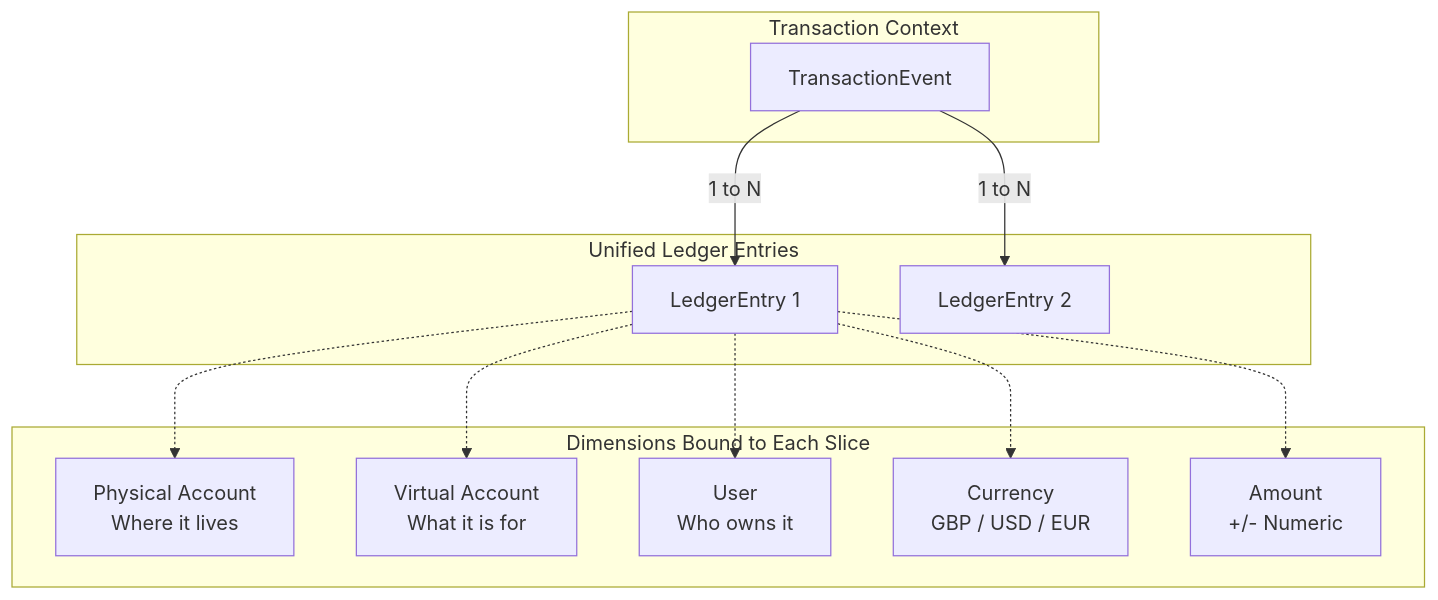
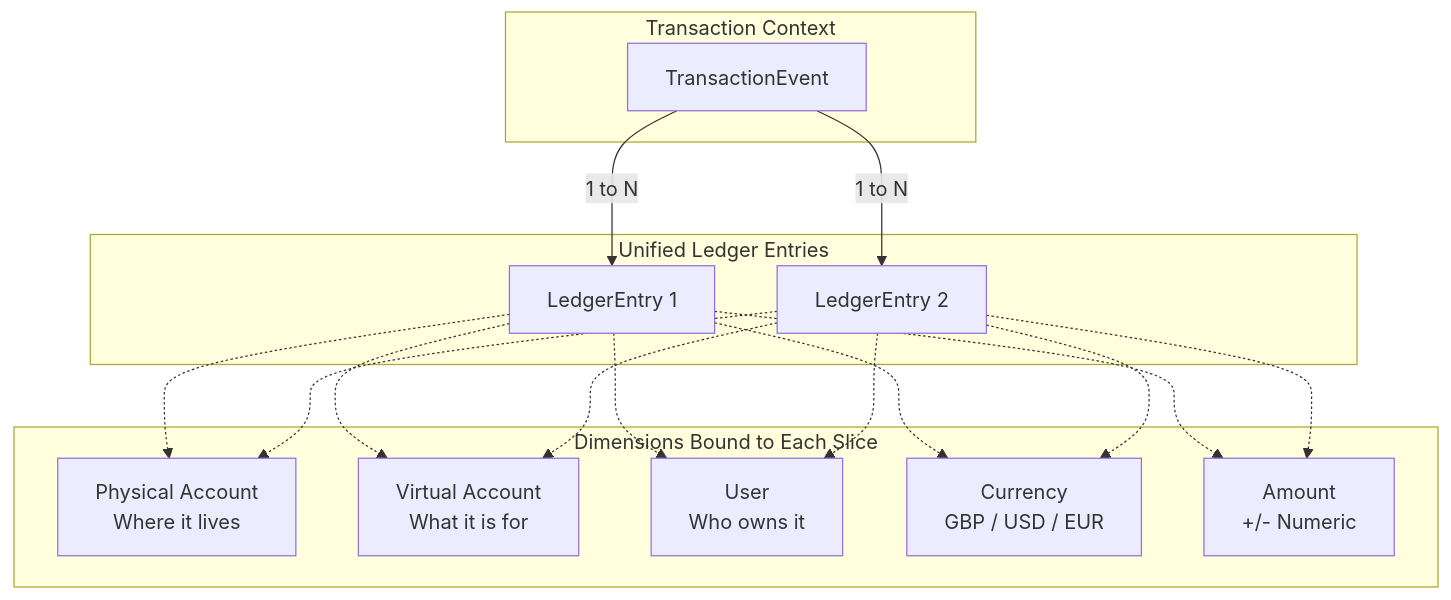
The diagram in docs/architecture/unified_ledger_schema.md (vylark/savings), drawn with Mermaid before and after one commit. The commit also changed other lines of this file and 1 other file, not shown here.

First line of the commit message:
docs(ledger): address PR #7 review feedback on unified ledger schema

````diff
--- a/docs/architecture/unified_ledger_schema.md
+++ b/docs/architecture/unified_ledger_schema.md
@@ -18,27 +23,32 @@
 ```mermaid
 graph TD
     subgraph Transaction Context
         TE[TransactionEvent]
     end
     
     subgraph Unified Ledger Entries
         LE1[LedgerEntry 1]
         LE2[LedgerEntry 2]
     end
     
     subgraph Dimensions Bound to Each Slice
         PA["Physical Account<br/>Where it lives"]
         VA["Virtual Account<br/>What it is for"]
         U["User<br/>Who owns it"]
         C["Currency<br/>GBP / USD / EUR"]
         AMT["Amount<br/>+/- Numeric"]
     end
 
     TE -->|1 to N| LE1
     TE -->|1 to N| LE2
     LE1 -.-> PA
     LE1 -.-> VA
     LE1 -.-> U
     LE1 -.-> C
     LE1 -.-> AMT
+    LE2 -.-> PA
+    LE2 -.-> VA
+    LE2 -.-> U
+    LE2 -.-> C
+    LE2 -.-> AMT
 ```
````
